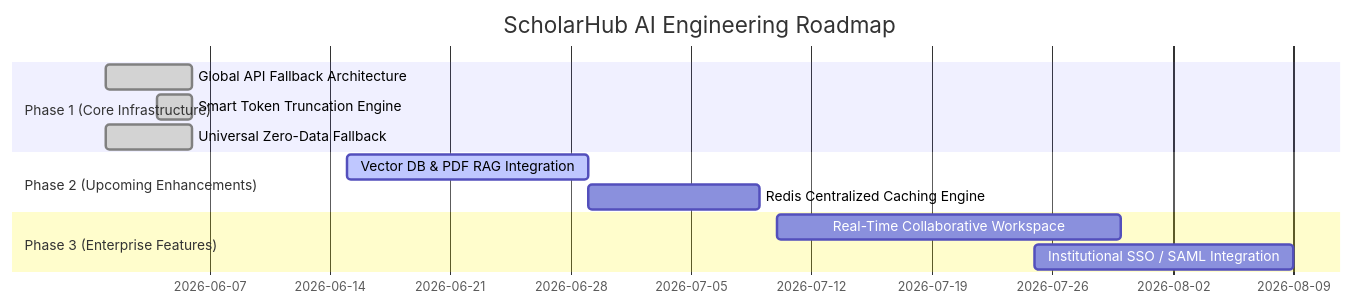
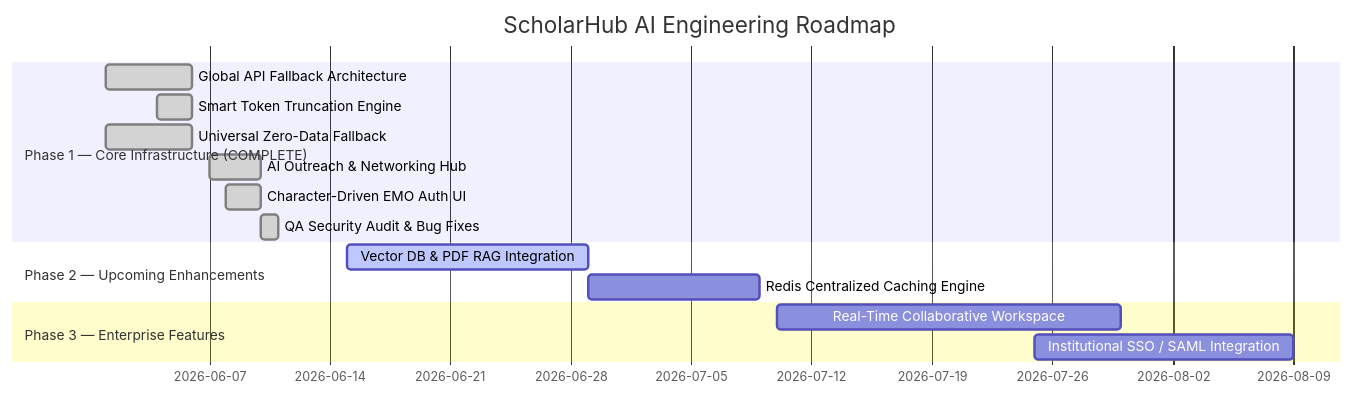
Before and after one commit to CodeWithPritom/ScholarHub-frontend: diagram 11 of 11 in SYSTEM_ARCHITECTURE_DEEP_DIVE.md, drawn with Mermaid. The commit also changed other lines of this file and 11 other files, not shown here.

````diff
--- a/SYSTEM_ARCHITECTURE_DEEP_DIVE.md
+++ b/SYSTEM_ARCHITECTURE_DEEP_DIVE.md
@@ -219,18 +388,21 @@
 ```mermaid
 gantt
     title ScholarHub AI Engineering Roadmap
     dateFormat  YYYY-MM-DD
-    
-    section Phase 1 (Core Infrastructure)
-    Global API Fallback Architecture      :done,    des1, 2026-06-01,2026-06-06
-    Smart Token Truncation Engine         :done,    des2, 2026-06-04,2026-06-06
-    Universal Zero-Data Fallback          :done,    des3, 2026-06-01,2026-06-06
-    
-    section Phase 2 (Upcoming Enhancements)
-    Vector DB & PDF RAG Integration       :active,  des4, 2026-06-15, 14d
-    Redis Centralized Caching Engine      :         des5, after des4, 10d
-    
-    section Phase 3 (Enterprise Features)
-    Real-Time Collaborative Workspace     :         des6, 2026-07-10, 20d
-    Institutional SSO / SAML Integration  :         des7, 2026-07-25, 15d
+
+    section Phase 1 — Core Infrastructure (COMPLETE)
+    Global API Fallback Architecture      :done, des1, 2026-06-01, 2026-06-06
+    Smart Token Truncation Engine         :done, des2, 2026-06-04, 2026-06-06
+    Universal Zero-Data Fallback          :done, des3, 2026-06-01, 2026-06-06
+    AI Outreach & Networking Hub          :done, des4, 2026-06-07, 2026-06-10
+    Character-Driven EMO Auth UI          :done, des5, 2026-06-08, 2026-06-10
+    QA Security Audit & Bug Fixes         :done, des6, 2026-06-10, 2026-06-11
+
+    section Phase 2 — Upcoming Enhancements
+    Vector DB & PDF RAG Integration       :active, des7, 2026-06-15, 14d
+    Redis Centralized Caching Engine      :        des8, after des7, 10d
+
+    section Phase 3 — Enterprise Features
+    Real-Time Collaborative Workspace     :        des9,  2026-07-10, 20d
+    Institutional SSO / SAML Integration  :        des10, 2026-07-25, 15d
 ```
````
